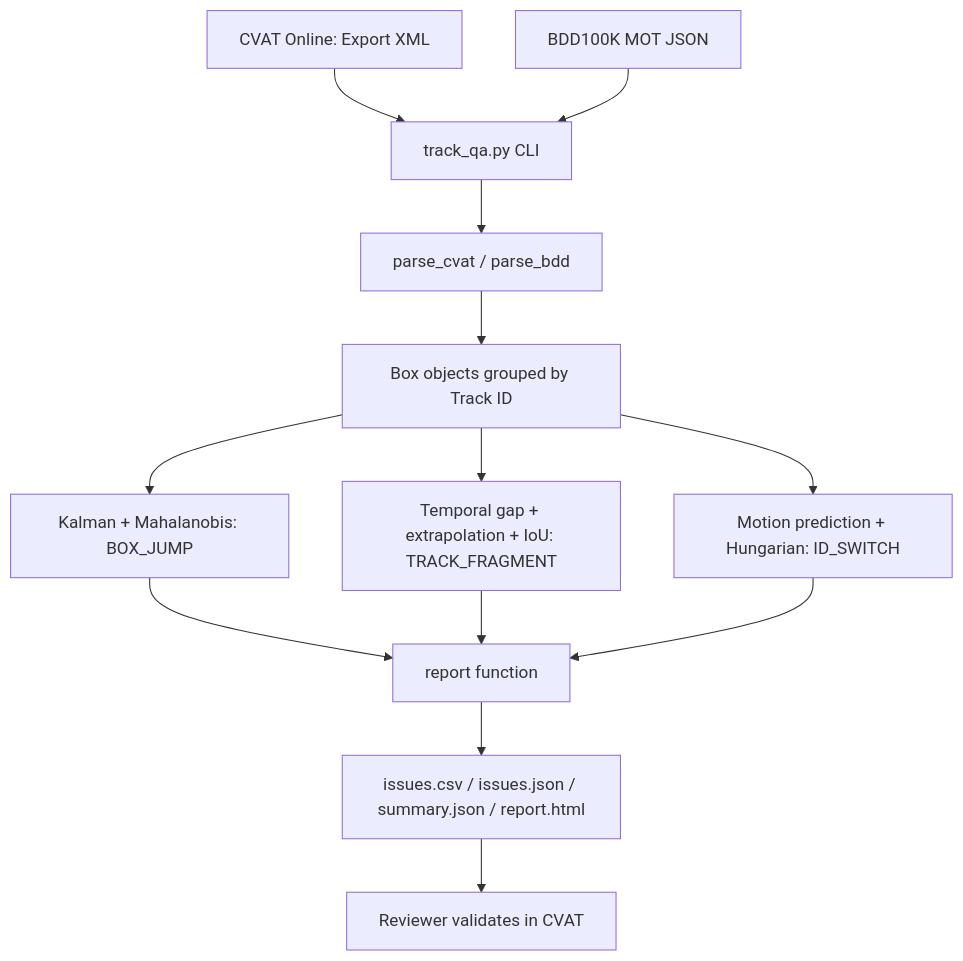
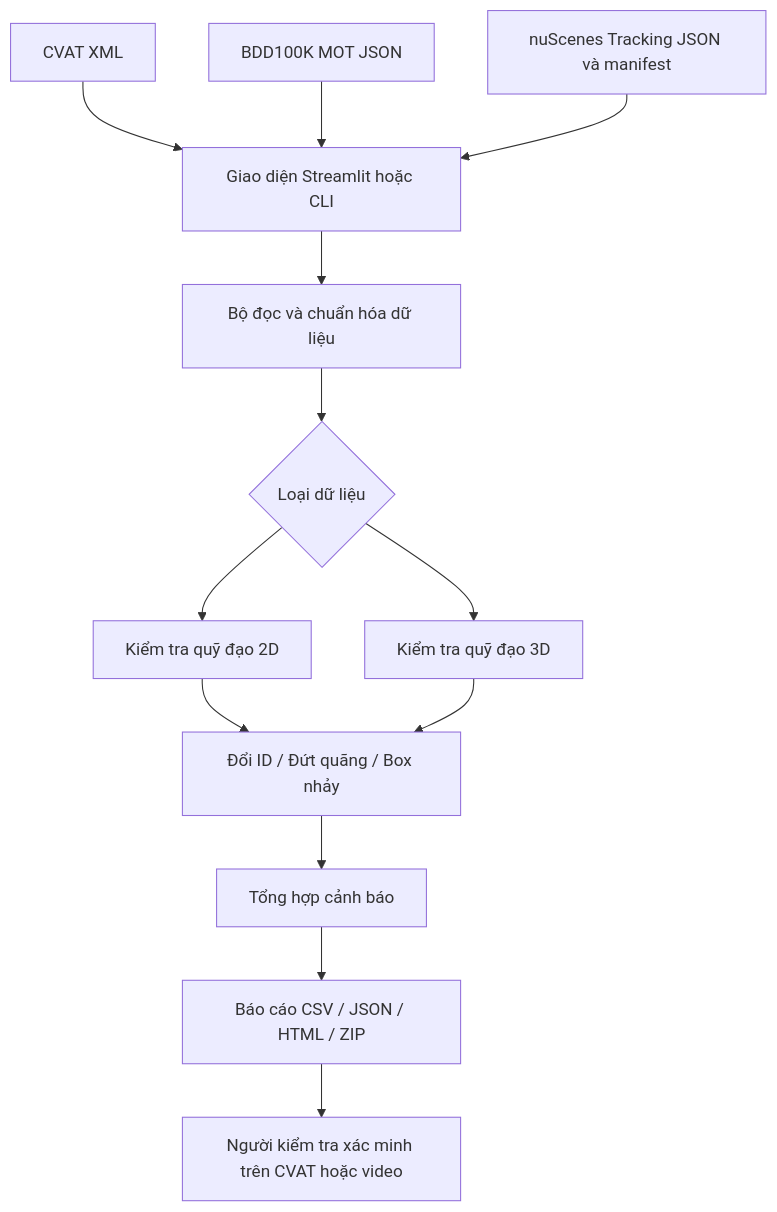
Before and after one commit to danh2902/tracking_tool: the diagram in docs/01_architecture.md, drawn with Mermaid. The commit also changed other lines of this file and 8 other files, not shown here.

````diff
--- a/docs/01_architecture.md
+++ b/docs/01_architecture.md
@@ -3,15 +3,15 @@
 ```mermaid
 flowchart TD
-    CVAT[CVAT Online: Export XML] --> CLI[track_qa.py CLI]
-    BDD[BDD100K MOT JSON] --> CLI
-    CLI --> PARSE[parse_cvat / parse_bdd]
-    PARSE --> TRACKS[Box objects grouped by Track ID]
-    TRACKS --> J[Kalman + Mahalanobis: BOX_JUMP]
-    TRACKS --> F[Temporal gap + extrapolation + IoU: TRACK_FRAGMENT]
-    TRACKS --> S[Motion prediction + Hungarian: ID_SWITCH]
-    J --> R[report function]
-    F --> R
-    S --> R
-    R --> OUT[issues.csv / issues.json / summary.json / report.html]
-    OUT --> REVIEW[Reviewer validates in CVAT]
+    A[CVAT XML] --> UI[Giao diện Streamlit hoặc CLI]
+    B[BDD100K MOT JSON] --> UI
+    C[nuScenes Tracking JSON và manifest] --> UI
+    UI --> P[Bộ đọc và chuẩn hóa dữ liệu]
+    P --> D{Loại dữ liệu}
+    D --> E[Kiểm tra quỹ đạo 2D]
+    D --> F[Kiểm tra quỹ đạo 3D]
+    E --> G[Đổi ID / Đứt quãng / Box nhảy]
+    F --> G
+    G --> H[Tổng hợp cảnh báo]
+    H --> I[Báo cáo CSV / JSON / HTML / ZIP]
+    I --> K[Người kiểm tra xác minh trên CVAT hoặc video]
 ```
````
